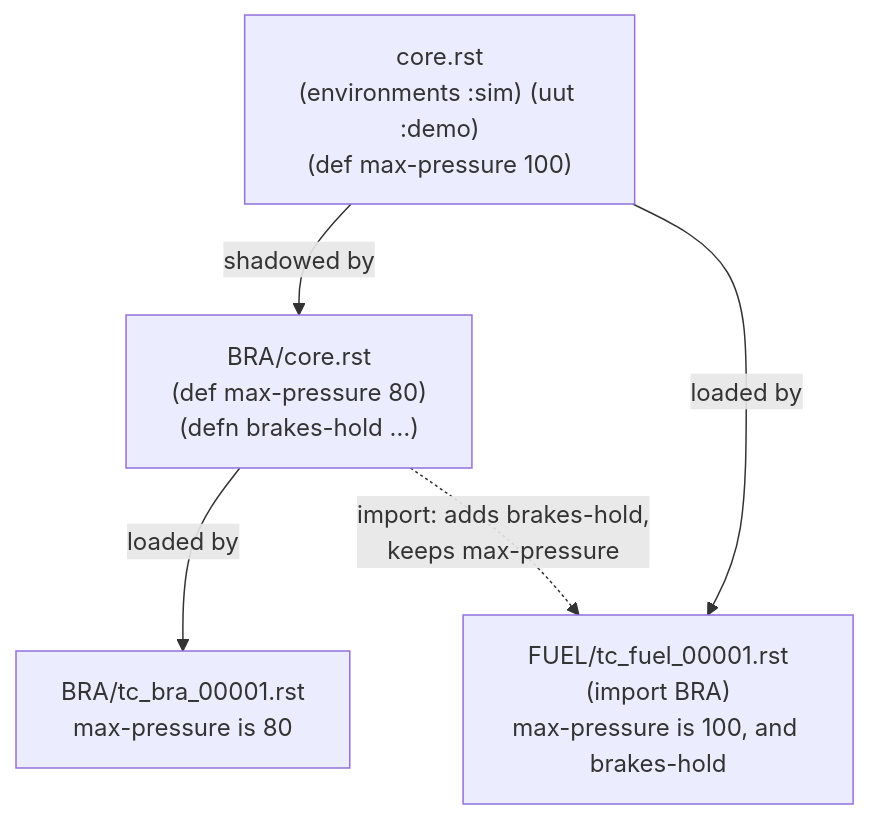
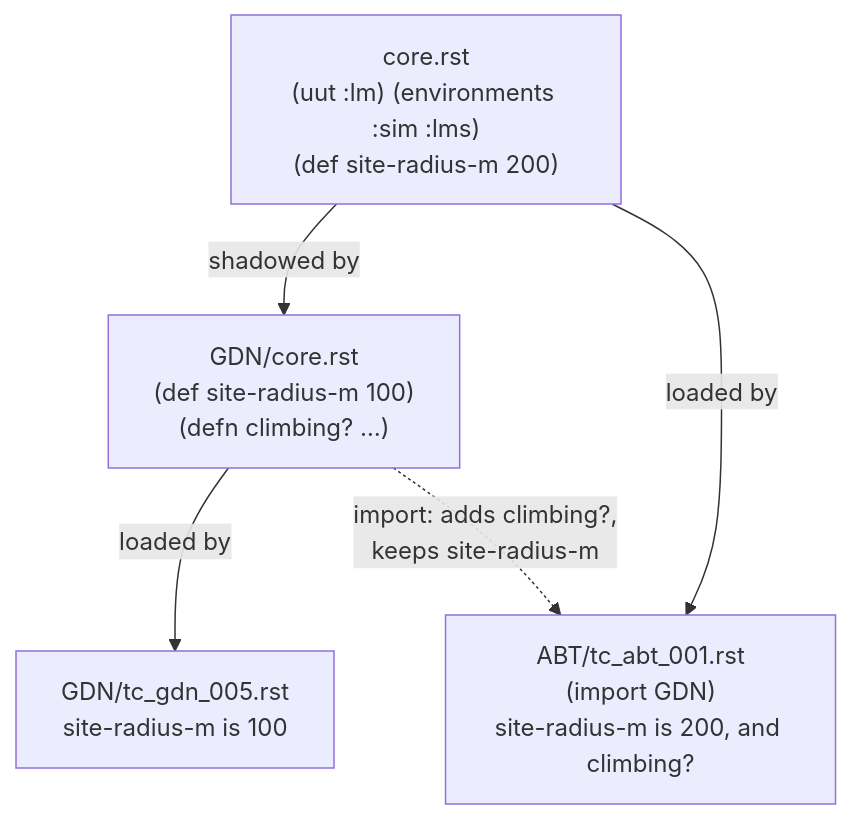
The diagram in docs/scripts/definitions.rst (fillet54/automation-v3), drawn with Mermaid before and after one commit. The commit also changed other lines of this file and 29 other files, not shown here.

```diff
--- a/docs/scripts/definitions.rst
+++ b/docs/scripts/definitions.rst
@@ -69,12 +70,12 @@
 .. mermaid::
    :caption: Each script loads the chain from the root to its folder; an import only adds names
 
    flowchart TB
-     root["core.rst<br/>(environments :sim) (uut :demo)<br/>(def max-pressure 100)"]
-     bra["BRA/core.rst<br/>(def max-pressure 80)<br/>(defn brakes-hold …)"]
-     brakes["BRA/tc_bra_00001.rst<br/>max-pressure is 80"]:::accent
-     fuel["FUEL/tc_fuel_00001.rst<br/>(import BRA)<br/>max-pressure is 100, and brakes-hold"]:::accent
-     root -- shadowed by --> bra
-     bra -- loaded by --> brakes
-     root -- loaded by --> fuel
-     bra -. "import: adds brakes-hold,<br/>keeps max-pressure" .-> fuel
+     root["core.rst<br/>(uut :lm) (environments :sim :lms)<br/>(def site-radius-m 200)"]
+     gdn["GDN/core.rst<br/>(def site-radius-m 100)<br/>(defn climbing? …)"]
+     guidance["GDN/tc_gdn_005.rst<br/>site-radius-m is 100"]:::accent
+     abort["ABT/tc_abt_001.rst<br/>(import GDN)<br/>site-radius-m is 200, and climbing?"]:::accent
+     root -- shadowed by --> gdn
+     gdn -- loaded by --> guidance
+     root -- loaded by --> abort
+     gdn -. "import: adds climbing?,<br/>keeps site-radius-m" .-> abort
```
